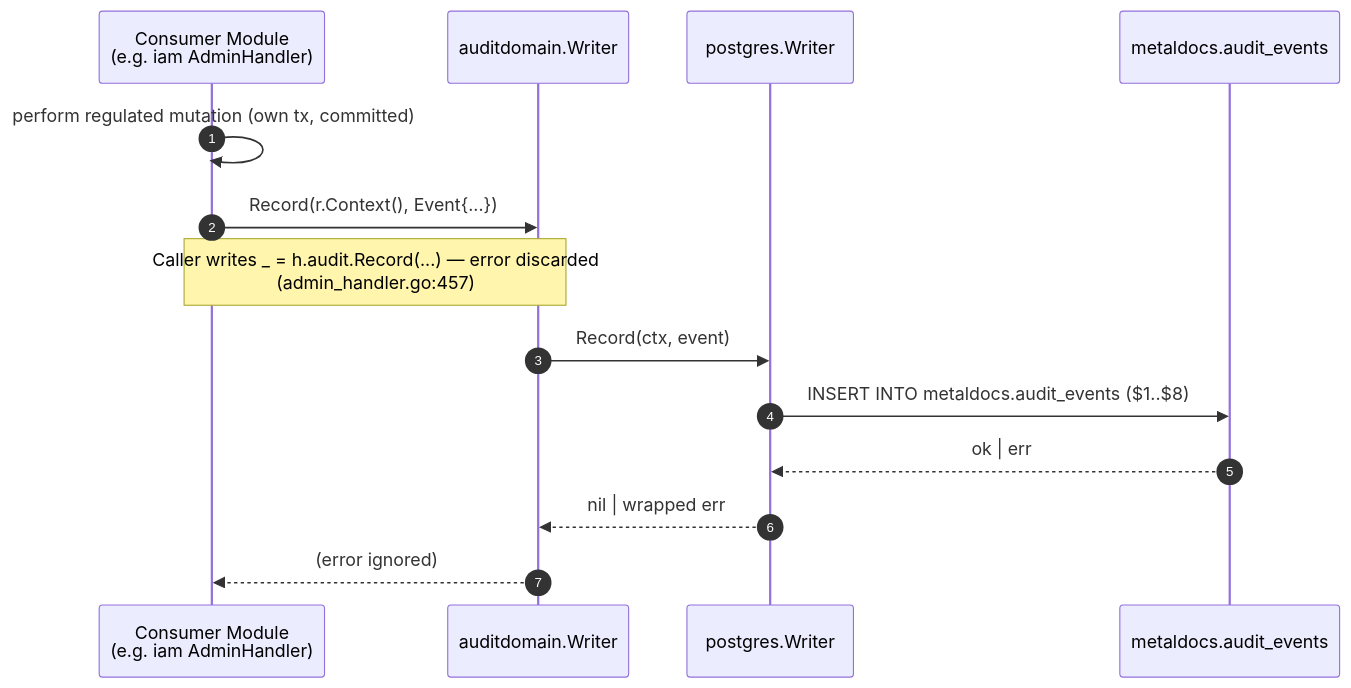
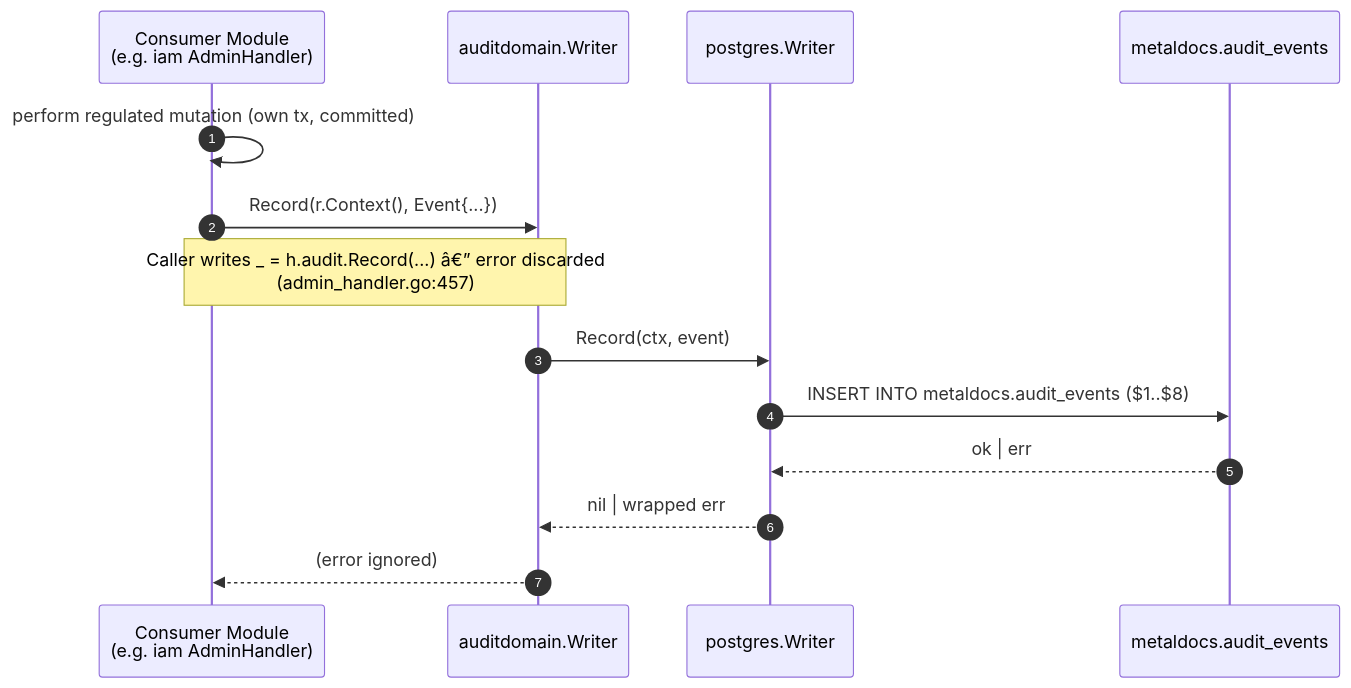
Before and after one commit to developmentconexus-ops/MetalDocs: the third of 5 diagrams in wiki/modules/audit.md, drawn with Mermaid. The commit also changed other lines of this file and 12 other files, not shown here.

````diff
--- a/wiki/modules/audit.md
+++ b/wiki/modules/audit.md
@@ -173,16 +173,16 @@
 ```mermaid
 sequenceDiagram
     autonumber
     participant Caller as Consumer Module<br/>(e.g. iam AdminHandler)
     participant W as auditdomain.Writer
     participant PG as postgres.Writer
     participant DB as metaldocs.audit_events
     Caller->>Caller: perform regulated mutation (own tx, committed)
     Caller->>W: Record(r.Context(), Event{...})
-    Note over Caller,W: Caller writes _ = h.audit.Record(...) — error discarded<br/>(admin_handler.go:457)
+    Note over Caller,W: Caller writes _ = h.audit.Record(...) â€” error discarded<br/>(admin_handler.go:457)
     W->>PG: Record(ctx, event)
     PG->>DB: INSERT INTO metaldocs.audit_events ($1..$8)
     DB-->>PG: ok | err
     PG-->>W: nil | wrapped err
     W-->>Caller: (error ignored)
 ```
````
